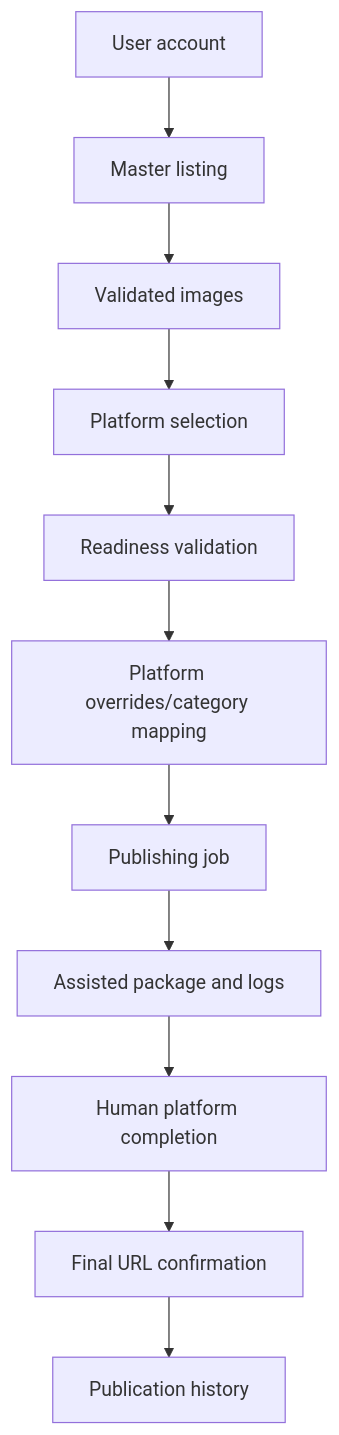
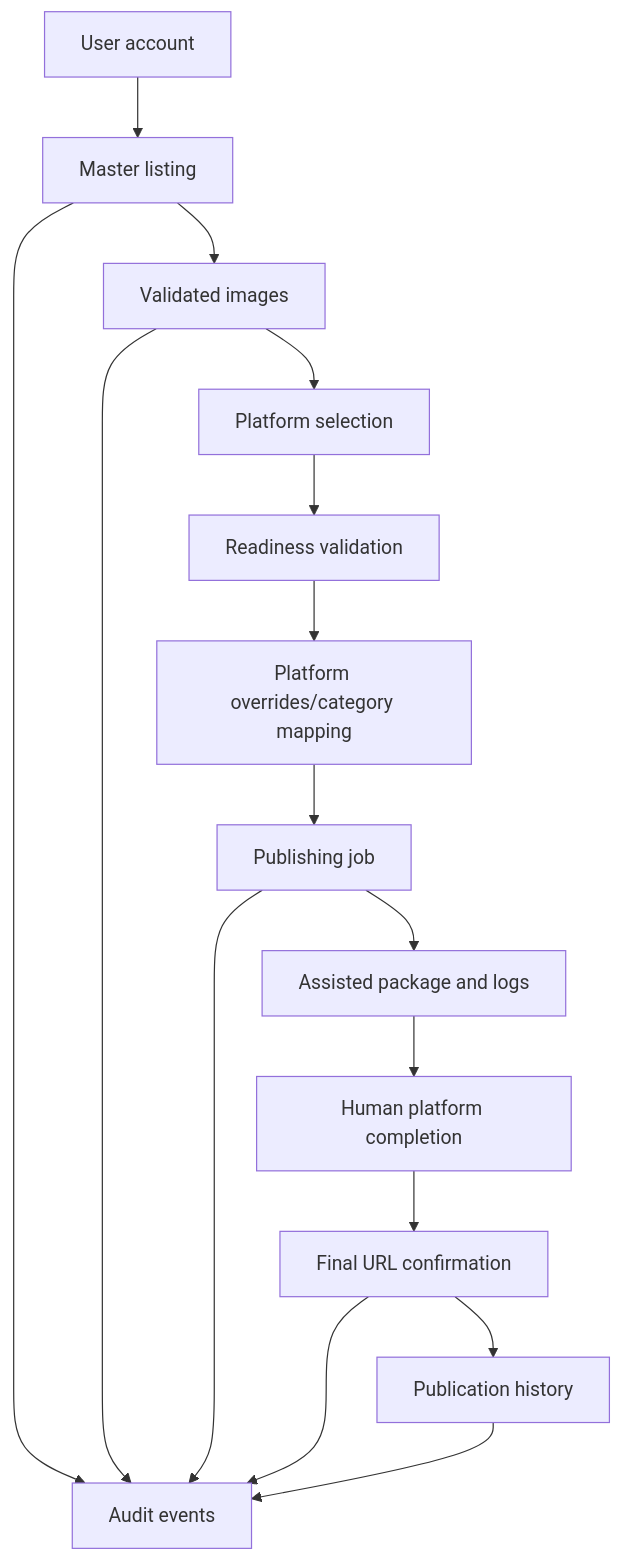
One commit to Noodzakelijk-Online/023-Secondhand-platforms-autoposter changed the diagram in docs/TASK_GRAPH.md. Above: the diagram before and after it, drawn with Mermaid. The commit also changed other lines of this file and 18 other files, not shown here.

Commit message:
Add owner scoped audit events

````diff
--- a/docs/TASK_GRAPH.md
+++ b/docs/TASK_GRAPH.md
@@ -3,13 +3,18 @@
 ```mermaid
 flowchart TD
   A["User account"] --> B["Master listing"]
   B --> C["Validated images"]
   C --> D["Platform selection"]
   D --> E["Readiness validation"]
   E --> F["Platform overrides/category mapping"]
   F --> G["Publishing job"]
   G --> H["Assisted package and logs"]
   H --> I["Human platform completion"]
   I --> J["Final URL confirmation"]
   J --> K["Publication history"]
+  B --> L["Audit events"]
+  C --> L
+  G --> L
+  J --> L
+  K --> L
 ```
````
